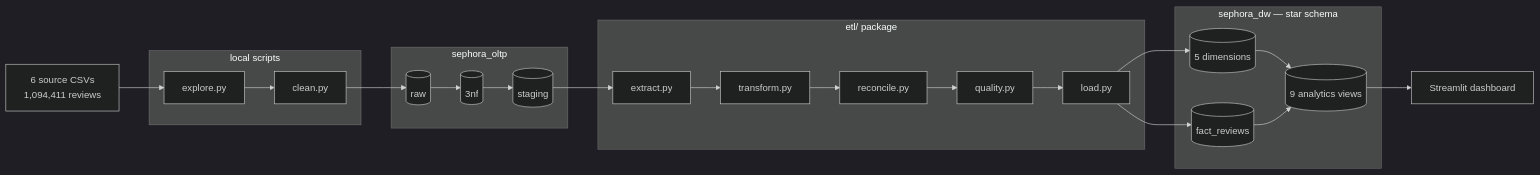
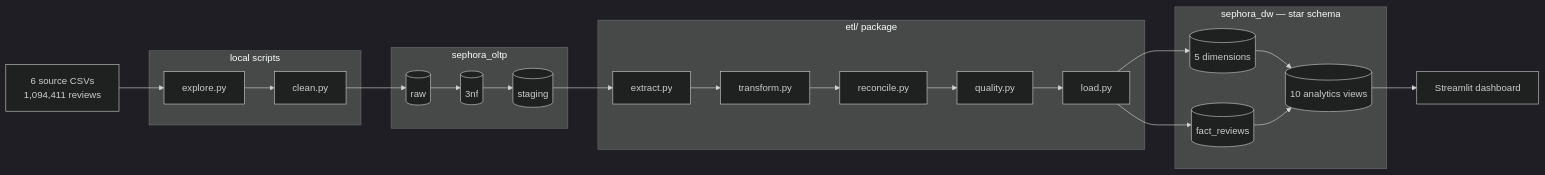
Before and after one commit to samekshya/sephora-analytics-pipeline: the first of 3 diagrams in README.md, drawn with Mermaid (dark theme). The commit also changed other lines of this file and 8 other files, not shown here.

````diff
--- a/README.md
+++ b/README.md
@@ -48,39 +48,39 @@
 ```mermaid
 flowchart LR
     CSV["6 source CSVs<br/>1,094,411 reviews"]
 
     subgraph CLEAN["local scripts"]
         EXP["explore.py"]
         CLN["clean.py"]
     end
 
     subgraph OLTP["sephora_oltp"]
         RAW[("raw")]
         NF[("3nf")]
         STG[("staging")]
     end
 
     subgraph ETL["etl/ package"]
         EX["extract.py"]
         TR["transform.py"]
         RC["reconcile.py"]
         QA["quality.py"]
         LD["load.py"]
     end
 
     subgraph DW["sephora_dw — star schema"]
         DIMS[("5 dimensions")]
         FACT[("fact_reviews")]
-        VIEWS[("9 analytics views")]
+        VIEWS[("10 analytics views")]
     end
 
     BI["Streamlit dashboard"]
 
     CSV --> EXP --> CLN --> RAW --> NF --> STG
     STG --> EX --> TR --> RC --> QA --> LD
     LD --> DIMS
     LD --> FACT
     DIMS --> VIEWS
     FACT --> VIEWS
     VIEWS --> BI
 ```
````
